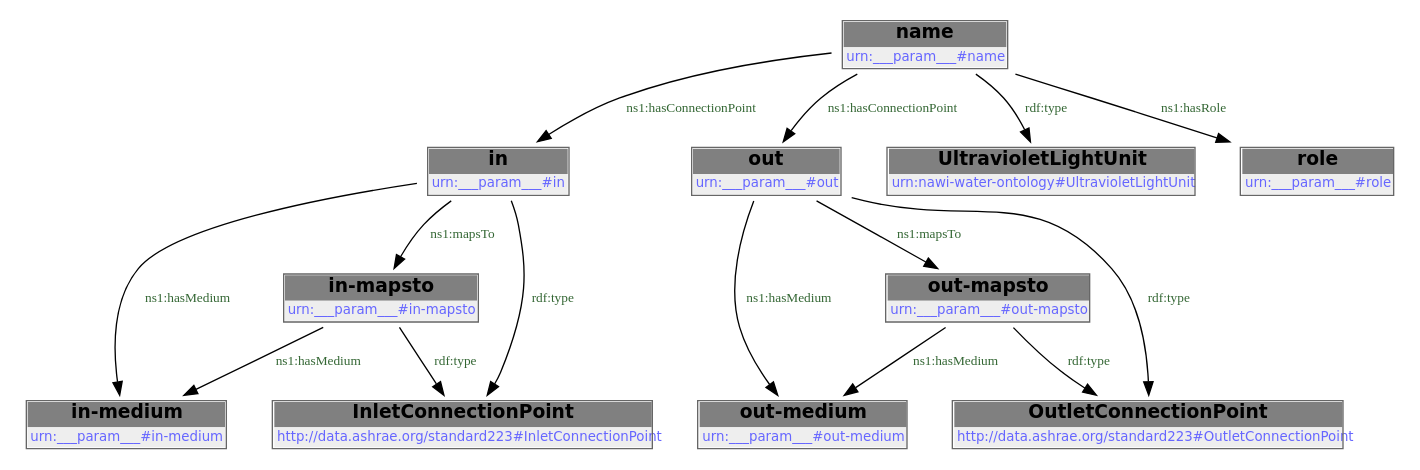
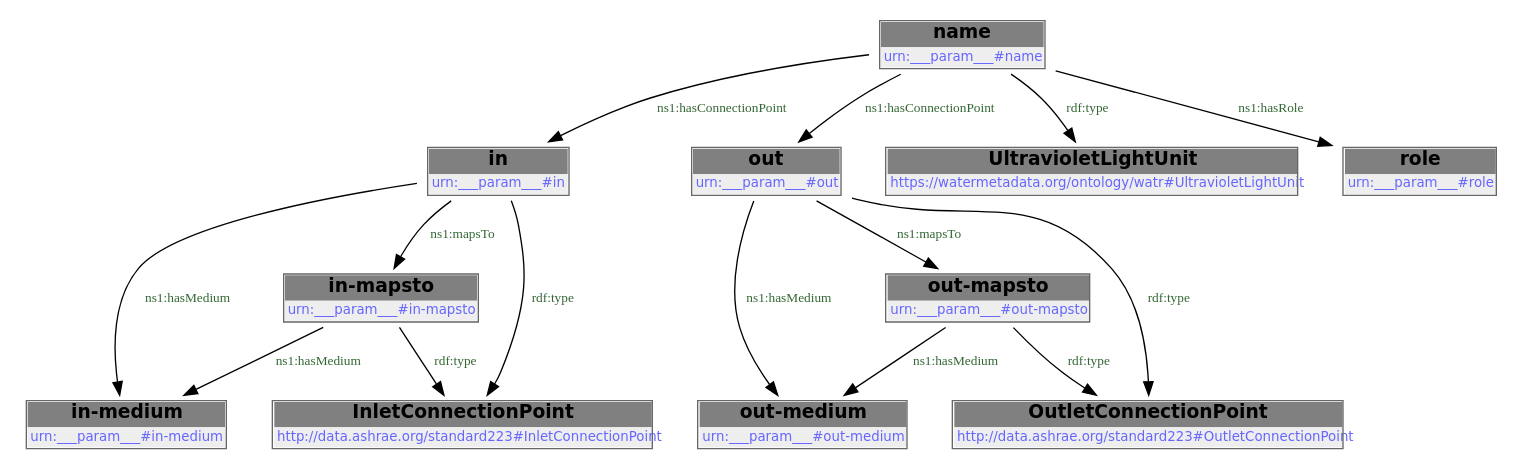
The second of 2 diagrams in docs/libraries/templates/uv-reactor.rst (DataDrivenCPS/water-ontology), drawn with Graphviz before and after one commit. The commit also changed other lines of this file and 43 other files, not shown here.

First line of the commit message:
feat: move ontology to https://watermetadata.org base URI

```diff
--- a/docs/libraries/templates/uv-reactor.rst
+++ b/docs/libraries/templates/uv-reactor.rst
@@ -96,30 +96,30 @@
         .. graphviz::
 
                 digraph G {
             node [fontname="DejaVu Sans"];
             node0 -> node1 [color=BLACK, label=< <font point-size='10' color='#336633'>ns1:hasMedium</font> >];
             node2 -> node3 [color=BLACK, label=< <font point-size='10' color='#336633'>ns1:hasMedium</font> >];
             node4 -> node2 [color=BLACK, label=< <font point-size='10' color='#336633'>ns1:hasConnectionPoint</font> >];
             node4 -> node5 [color=BLACK, label=< <font point-size='10' color='#336633'>ns1:hasConnectionPoint</font> >];
             node6 -> node3 [color=BLACK, label=< <font point-size='10' color='#336633'>ns1:hasMedium</font> >];
             node4 -> node7 [color=BLACK, label=< <font point-size='10' color='#336633'>rdf:type</font> >];
             node4 -> node8 [color=BLACK, label=< <font point-size='10' color='#336633'>ns1:hasRole</font> >];
             node5 -> node1 [color=BLACK, label=< <font point-size='10' color='#336633'>ns1:hasMedium</font> >];
             node5 -> node0 [color=BLACK, label=< <font point-size='10' color='#336633'>ns1:mapsTo</font> >];
             node2 -> node9 [color=BLACK, label=< <font point-size='10' color='#336633'>rdf:type</font> >];
             node0 -> node10 [color=BLACK, label=< <font point-size='10' color='#336633'>rdf:type</font> >];
             node6 -> node9 [color=BLACK, label=< <font point-size='10' color='#336633'>rdf:type</font> >];
             node2 -> node6 [color=BLACK, label=< <font point-size='10' color='#336633'>ns1:mapsTo</font> >];
             node5 -> node10 [color=BLACK, label=< <font point-size='10' color='#336633'>rdf:type</font> >];
             node0 [shape=none, color=black, label=< <table color='#666666' cellborder='0' cellspacing='0' border='1'><tr><td colspan='2' bgcolor='grey'><B>out-mapsto</B></td></tr><tr><td href='urn:___param___#out-mapsto' bgcolor='#eeeeee' colspan='2'><font point-size='10' color='#6666ff'>urn:___param___#out-mapsto</font></td></tr></table> >];
             node1 [shape=none, color=black, label=< <table color='#666666' cellborder='0' cellspacing='0' border='1'><tr><td colspan='2' bgcolor='grey'><B>out-medium</B></td></tr><tr><td href='urn:___param___#out-medium' bgcolor='#eeeeee' colspan='2'><font point-size='10' color='#6666ff'>urn:___param___#out-medium</font></td></tr></table> >];
             node2 [shape=none, color=black, label=< <table color='#666666' cellborder='0' cellspacing='0' border='1'><tr><td colspan='2' bgcolor='grey'><B>in</B></td></tr><tr><td href='urn:___param___#in' bgcolor='#eeeeee' colspan='2'><font point-size='10' color='#6666ff'>urn:___param___#in</font></td></tr></table> >];
             node3 [shape=none, color=black, label=< <table color='#666666' cellborder='0' cellspacing='0' border='1'><tr><td colspan='2' bgcolor='grey'><B>in-medium</B></td></tr><tr><td href='urn:___param___#in-medium' bgcolor='#eeeeee' colspan='2'><font point-size='10' color='#6666ff'>urn:___param___#in-medium</font></td></tr></table> >];
             node4 [shape=none, color=black, label=< <table color='#666666' cellborder='0' cellspacing='0' border='1'><tr><td colspan='2' bgcolor='grey'><B>name</B></td></tr><tr><td href='urn:___param___#name' bgcolor='#eeeeee' colspan='2'><font point-size='10' color='#6666ff'>urn:___param___#name</font></td></tr></table> >];
             node5 [shape=none, color=black, label=< <table color='#666666' cellborder='0' cellspacing='0' border='1'><tr><td colspan='2' bgcolor='grey'><B>out</B></td></tr><tr><td href='urn:___param___#out' bgcolor='#eeeeee' colspan='2'><font point-size='10' color='#6666ff'>urn:___param___#out</font></td></tr></table> >];
             node6 [shape=none, color=black, label=< <table color='#666666' cellborder='0' cellspacing='0' border='1'><tr><td colspan='2' bgcolor='grey'><B>in-mapsto</B></td></tr><tr><td href='urn:___param___#in-mapsto' bgcolor='#eeeeee' colspan='2'><font point-size='10' color='#6666ff'>urn:___param___#in-mapsto</font></td></tr></table> >];
-            node7 [shape=none, color=black, label=< <table color='#666666' cellborder='0' cellspacing='0' border='1'><tr><td colspan='2' bgcolor='grey'><B>UltravioletLightUnit</B></td></tr><tr><td href='urn:nawi-water-ontology#UltravioletLightUnit' bgcolor='#eeeeee' colspan='2'><font point-size='10' color='#6666ff'>urn:nawi-water-ontology#UltravioletLightUnit</font></td></tr></table> >];
+            node7 [shape=none, color=black, label=< <table color='#666666' cellborder='0' cellspacing='0' border='1'><tr><td colspan='2' bgcolor='grey'><B>UltravioletLightUnit</B></td></tr><tr><td href='https://watermetadata.org/ontology/watr#UltravioletLightUnit' bgcolor='#eeeeee' colspan='2'><font point-size='10' color='#6666ff'>https://watermetadata.org/ontology/watr#UltravioletLightUnit</font></td></tr></table> >];
             node8 [shape=none, color=black, label=< <table color='#666666' cellborder='0' cellspacing='0' border='1'><tr><td colspan='2' bgcolor='grey'><B>role</B></td></tr><tr><td href='urn:___param___#role' bgcolor='#eeeeee' colspan='2'><font point-size='10' color='#6666ff'>urn:___param___#role</font></td></tr></table> >];
             node9 [shape=none, color=black, label=< <table color='#666666' cellborder='0' cellspacing='0' border='1'><tr><td colspan='2' bgcolor='grey'><B>InletConnectionPoint</B></td></tr><tr><td href='http://data.ashrae.org/standard223#InletConnectionPoint' bgcolor='#eeeeee' colspan='2'><font point-size='10' color='#6666ff'>http://data.ashrae.org/standard223#InletConnectionPoint</font></td></tr></table> >];
             node10 [shape=none, color=black, label=< <table color='#666666' cellborder='0' cellspacing='0' border='1'><tr><td colspan='2' bgcolor='grey'><B>OutletConnectionPoint</B></td></tr><tr><td href='http://data.ashrae.org/standard223#OutletConnectionPoint' bgcolor='#eeeeee' colspan='2'><font point-size='10' color='#6666ff'>http://data.ashrae.org/standard223#OutletConnectionPoint</font></td></tr></table> >];
             }
```
